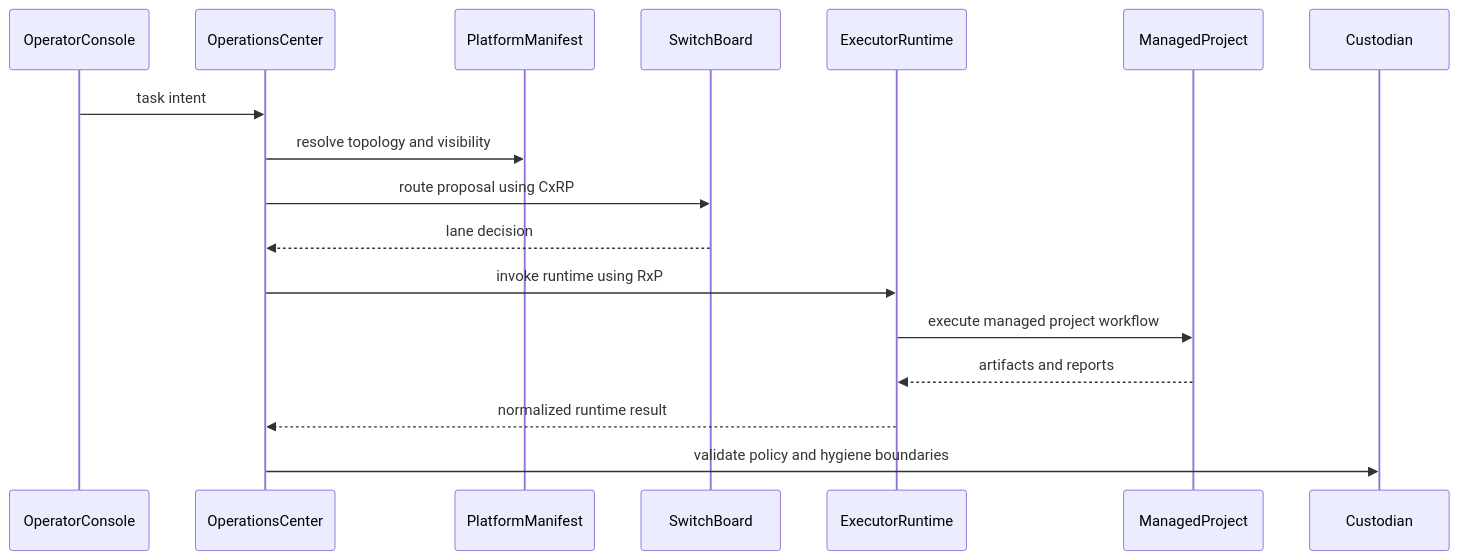
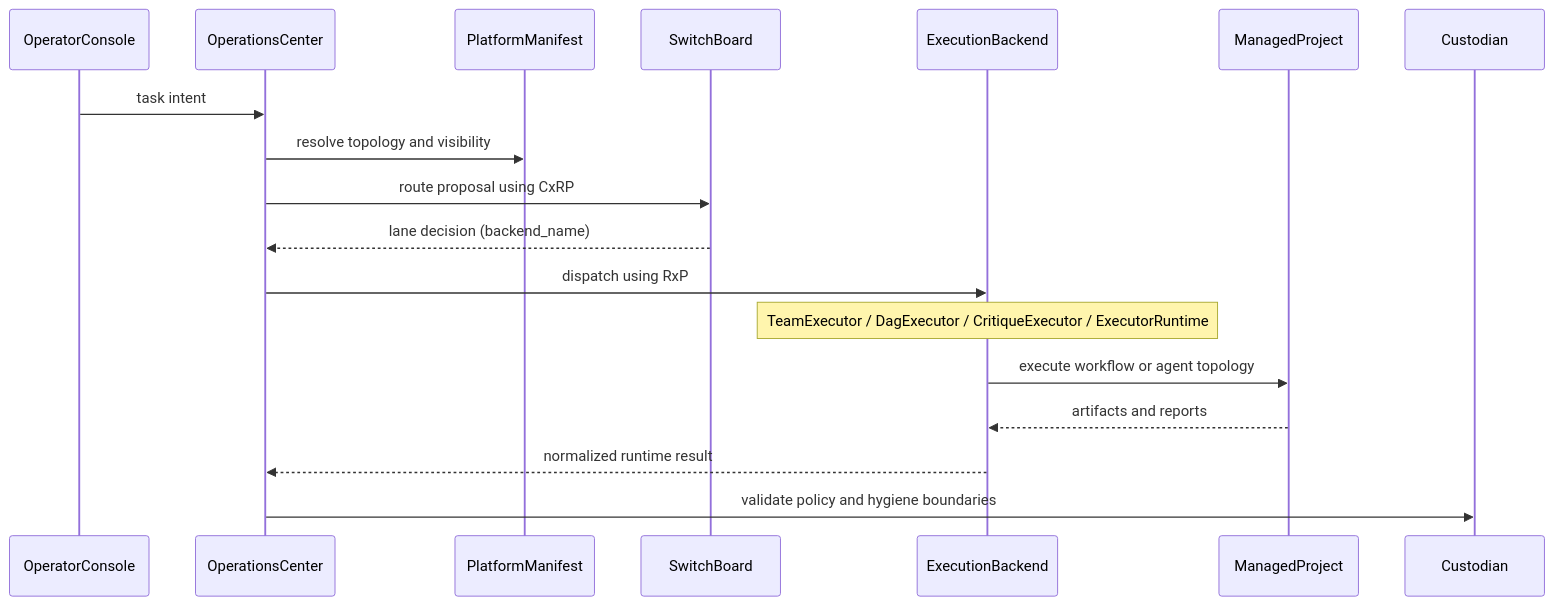
The diagram in docs/architecture/execution-flow.md (ProtocolWarden/ProtocolWarden.github.io), drawn with Mermaid before and after one commit. The commit also changed other lines of this file and 4 other files, not shown here.

First line of the commit message:
docs: second loop — wire executors into topology and execution flow docs

````diff
--- a/docs/architecture/execution-flow.md
+++ b/docs/architecture/execution-flow.md
@@ -3,20 +3,21 @@
 ```mermaid
 sequenceDiagram
     participant OC as OperatorConsole
     participant OPS as OperationsCenter
     participant PM as PlatformManifest
     participant SB as SwitchBoard
-    participant ER as ExecutorRuntime
+    participant BE as ExecutionBackend
     participant MP as ManagedProject
     participant CU as Custodian
 
     OC->>OPS: task intent
     OPS->>PM: resolve topology and visibility
     OPS->>SB: route proposal using CxRP
-    SB-->>OPS: lane decision
-    OPS->>ER: invoke runtime using RxP
-    ER->>MP: execute managed project workflow
-    MP-->>ER: artifacts and reports
-    ER-->>OPS: normalized runtime result
+    SB-->>OPS: lane decision (backend_name)
+    OPS->>BE: dispatch using RxP
+    note over BE: TeamExecutor / DagExecutor / CritiqueExecutor / ExecutorRuntime
+    BE->>MP: execute workflow or agent topology
+    MP-->>BE: artifacts and reports
+    BE-->>OPS: normalized runtime result
     OPS->>CU: validate policy and hygiene boundaries
 ```
````
